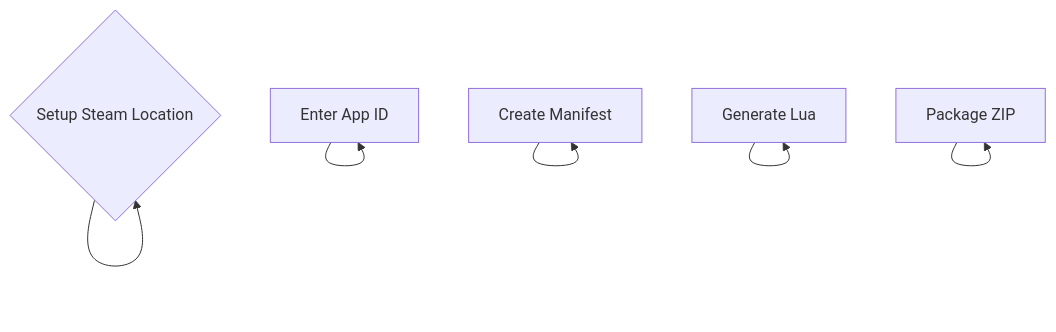
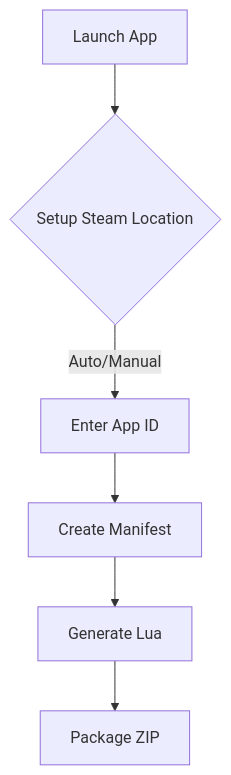
One commit to toxichome-whoami/manifest_dumper_release changed the diagram in README.md. Above: the diagram before and after it, drawn with Mermaid.

````diff
--- a/README.md
+++ b/README.md
@@ -42,8 +42,8 @@
 ```mermaid
 graph TD
-    A[Launch App] --> A{Setup Steam Location}
-    B --> B[Enter App ID]
-    C --> C[Create Manifest]
-    D --> D[Generate Lua]
-    E --> E[Package ZIP]
+    A[Launch App] --> B{Setup Steam Location}
+    B -->|Auto/Manual| C[Enter App ID]
+    C --> D[Create Manifest]
+    D --> E[Generate Lua]
+    E --> F[Package ZIP]
 ```
````
